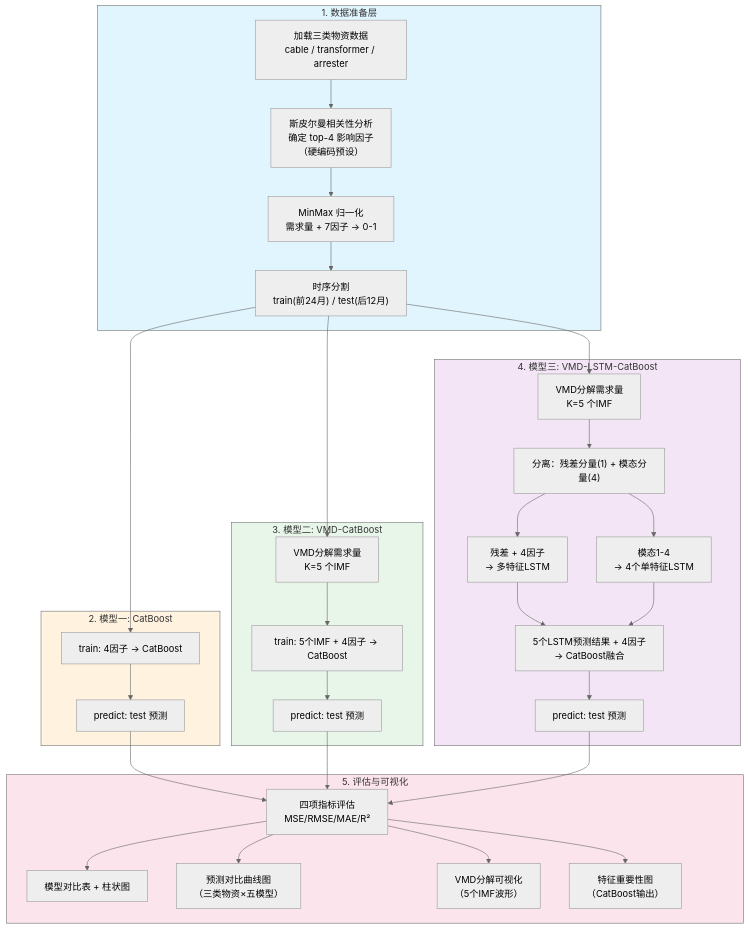
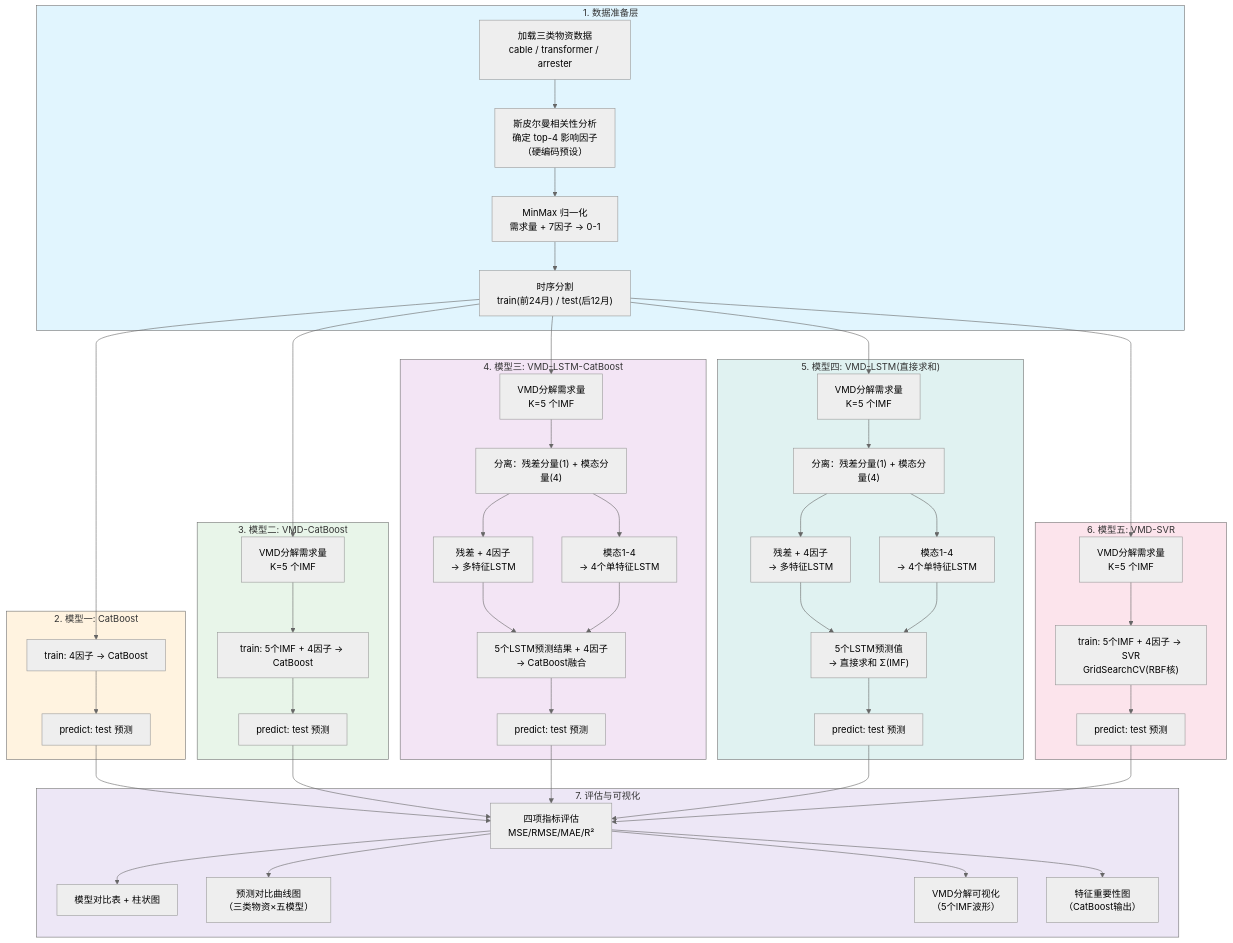
One commit to lilacseeking/vmd-catboost changed the first of 3 diagrams in TECHNICAL_DESIGN.md. Above: the diagram before and after it, drawn with Mermaid (neutral theme). The commit also changed other lines of this file and 1 other file, not shown here.

First line of the commit message:
fix: 补充模型四/五的日志输出 + 更新设计文档mermaid图

````diff
--- a/TECHNICAL_DESIGN.md
+++ b/TECHNICAL_DESIGN.md
@@ -93,45 +93,65 @@
 ```mermaid
 flowchart TB
     subgraph 数据层["1. 数据准备层"]
         A1["加载三类物资数据<br/>cable / transformer / arrester"] --> A2["斯皮尔曼相关性分析<br/>确定 top-4 影响因子<br/>（硬编码预设）"]
         A2 --> A3["MinMax 归一化<br/>需求量 + 7因子 → 0-1"]
         A3 --> A4["时序分割<br/>train(前24月) / test(后12月)"]
     end
 
     subgraph 模型一["2. 模型一: CatBoost"]
         A4 --> B1["train: 4因子 → CatBoost"]
         B1 --> B2["predict: test 预测"]
     end
 
     subgraph 模型二["3. 模型二: VMD-CatBoost"]
         A4 --> C1["VMD分解需求量<br/>K=5 个IMF"]
         C1 --> C2["train: 5个IMF + 4因子 → CatBoost"]
         C2 --> C3["predict: test 预测"]
     end
 
     subgraph 模型三["4. 模型三: VMD-LSTM-CatBoost"]
         A4 --> D1["VMD分解需求量<br/>K=5 个IMF"]
         D1 --> D2["分离：残差分量(1) + 模态分量(4)"]
         D2 --> D3["残差 + 4因子<br/>→ 多特征LSTM"]
         D2 --> D4["模态1-4<br/>→ 4个单特征LSTM"]
         D3 --> D5["5个LSTM预测结果 + 4因子<br/>→ CatBoost融合"]
         D4 --> D5
         D5 --> D6["predict: test 预测"]
     end
 
-    subgraph 评估层["5. 评估与可视化"]
+    subgraph 模型四["5. 模型四: VMD-LSTM(直接求和)"]
+        A4 --> G1["VMD分解需求量<br/>K=5 个IMF"]
+        G1 --> G2["分离：残差分量(1) + 模态分量(4)"]
+        G2 --> G3["残差 + 4因子<br/>→ 多特征LSTM"]
+        G2 --> G4["模态1-4<br/>→ 4个单特征LSTM"]
+        G3 --> G5["5个LSTM预测值<br/>→ 直接求和 Σ(IMF)"]
+        G4 --> G5
+        G5 --> G6["predict: test 预测"]
+    end
+
+    subgraph 模型五["6. 模型五: VMD-SVR"]
+        A4 --> H1["VMD分解需求量<br/>K=5 个IMF"]
+        H1 --> H2["train: 5个IMF + 4因子 → SVR<br/>GridSearchCV(RBF核)"]
+        H2 --> H3["predict: test 预测"]
+    end
+
+    subgraph 评估层["7. 评估与可视化"]
         B2 --> E1["四项指标评估<br/>MSE/RMSE/MAE/R²"]
         C3 --> E1
         D6 --> E1
+        G6 --> E1
+        H3 --> E1
         E1 --> E2["模型对比表 + 柱状图"]
         E1 --> E3["预测对比曲线图<br/>（三类物资×五模型）"]
         E1 --> E4["VMD分解可视化<br/>（5个IMF波形）"]
         E1 --> E5["特征重要性图<br/>（CatBoost输出）"]
     end
 
     style 数据层 fill:#e1f5fe
     style 模型一 fill:#fff3e0
     style 模型二 fill:#e8f5e9
     style 模型三 fill:#f3e5f5
-    style 评估层 fill:#fce4ec
+    style 模型四 fill:#e0f2f1
+    style 模型五 fill:#fce4ec
+    style 评估层 fill:#ede7f6
 ```
````
